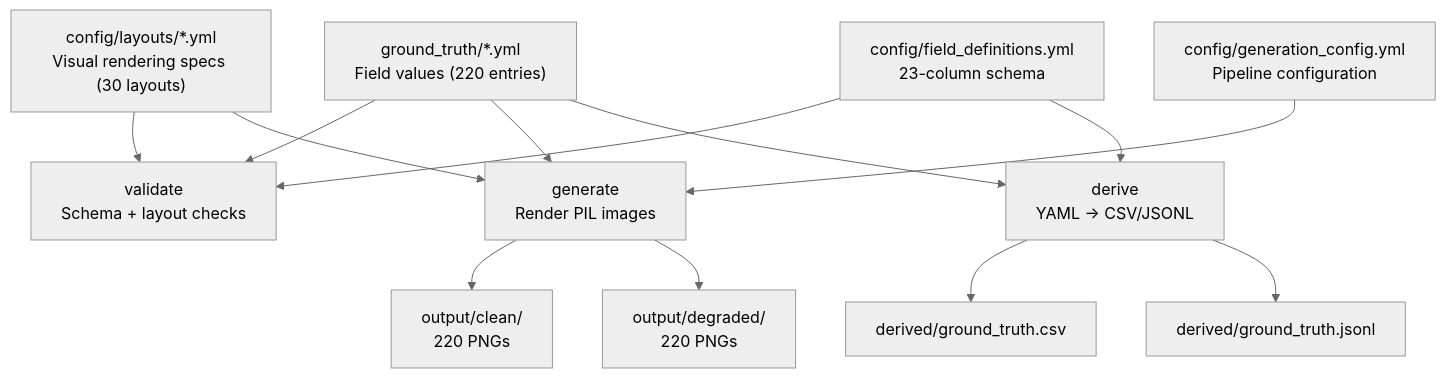
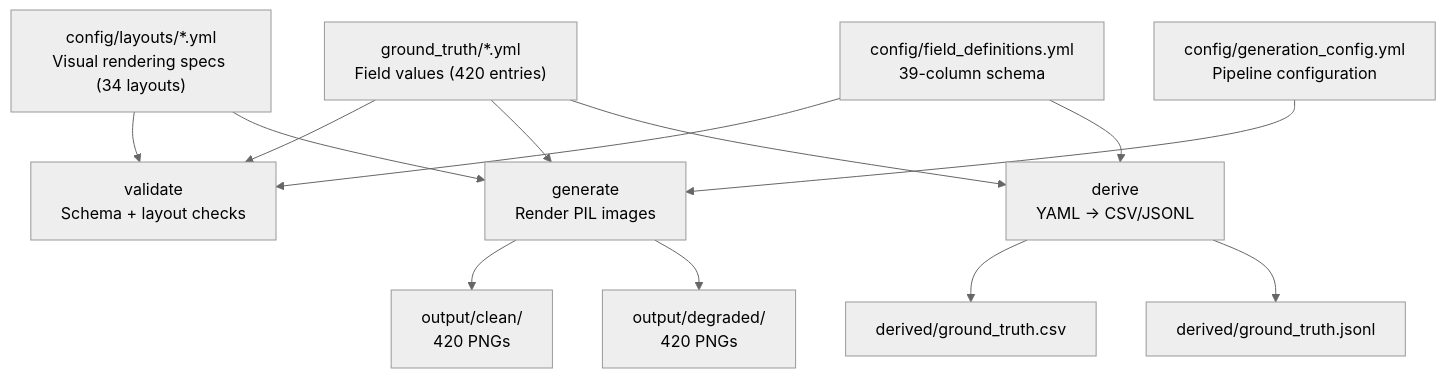
The diagram in README.md (tmnestor/Synthetic_Doc_Generation), drawn with Mermaid (neutral theme) before and after one commit. The commit also changed other lines of this file and 477 other files, not shown here.

Commit message:
🔧 chore: update gitignore to exclude output images and Claude config

````diff
--- a/README.md
+++ b/README.md
@@ -82,23 +104,23 @@
 ```mermaid
 graph TD
-    GT["ground_truth/*.yml<br/>Field values (220 entries)"]
-    LR["config/layouts/*.yml<br/>Visual rendering specs (30 layouts)"]
+    GT["ground_truth/*.yml<br/>Field values (420 entries)"]
+    LR["config/layouts/*.yml<br/>Visual rendering specs (34 layouts)"]
     GC["config/generation_config.yml<br/>Pipeline configuration"]
-    FD["config/field_definitions.yml<br/>23-column schema"]
+    FD["config/field_definitions.yml<br/>39-column schema"]
 
     GT --> V["validate<br/>Schema + layout checks"]
     LR --> V
     FD --> V
 
     GT --> G["generate<br/>Render PIL images"]
     LR --> G
     GC --> G
 
-    G --> CLEAN["output/clean/<br/>220 PNGs"]
-    G --> DEG["output/degraded/<br/>220 PNGs"]
+    G --> CLEAN["output/clean/<br/>420 PNGs"]
+    G --> DEG["output/degraded/<br/>420 PNGs"]
 
     GT --> D["derive<br/>YAML → CSV/JSONL"]
     FD --> D
     D --> CSV["derived/ground_truth.csv"]
     D --> JSONL["derived/ground_truth.jsonl"]
 ```
````
